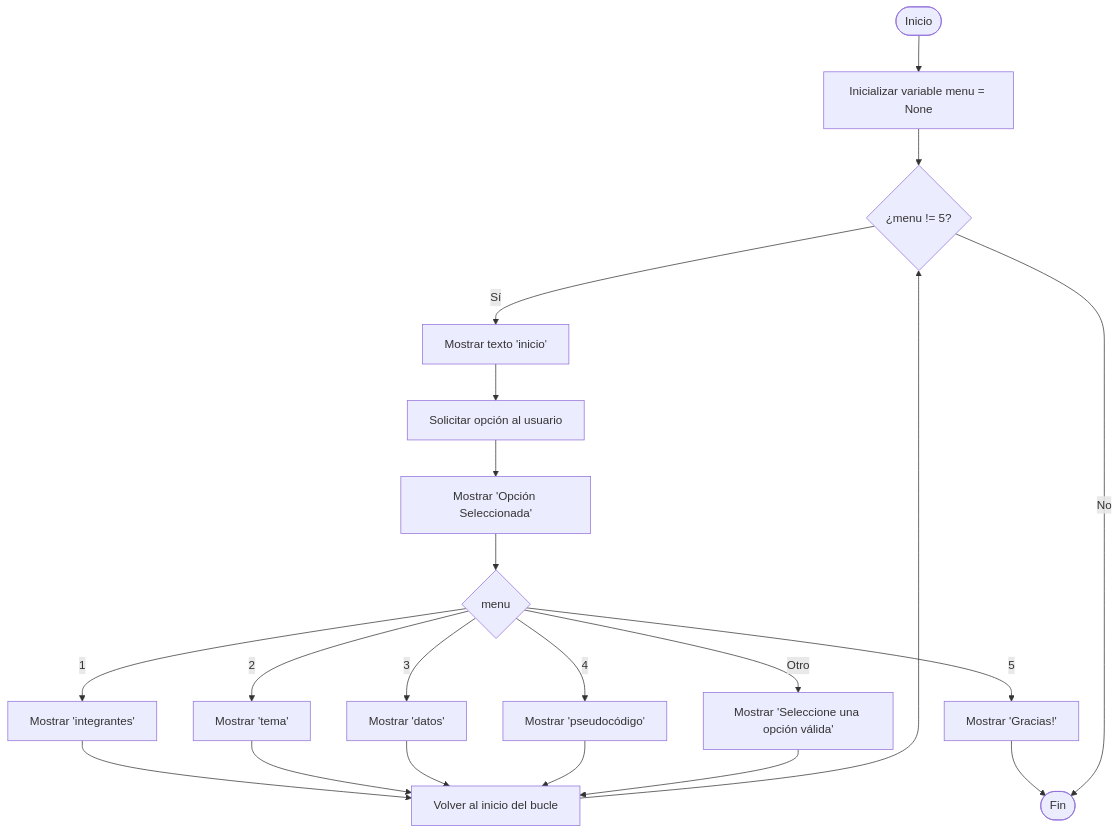
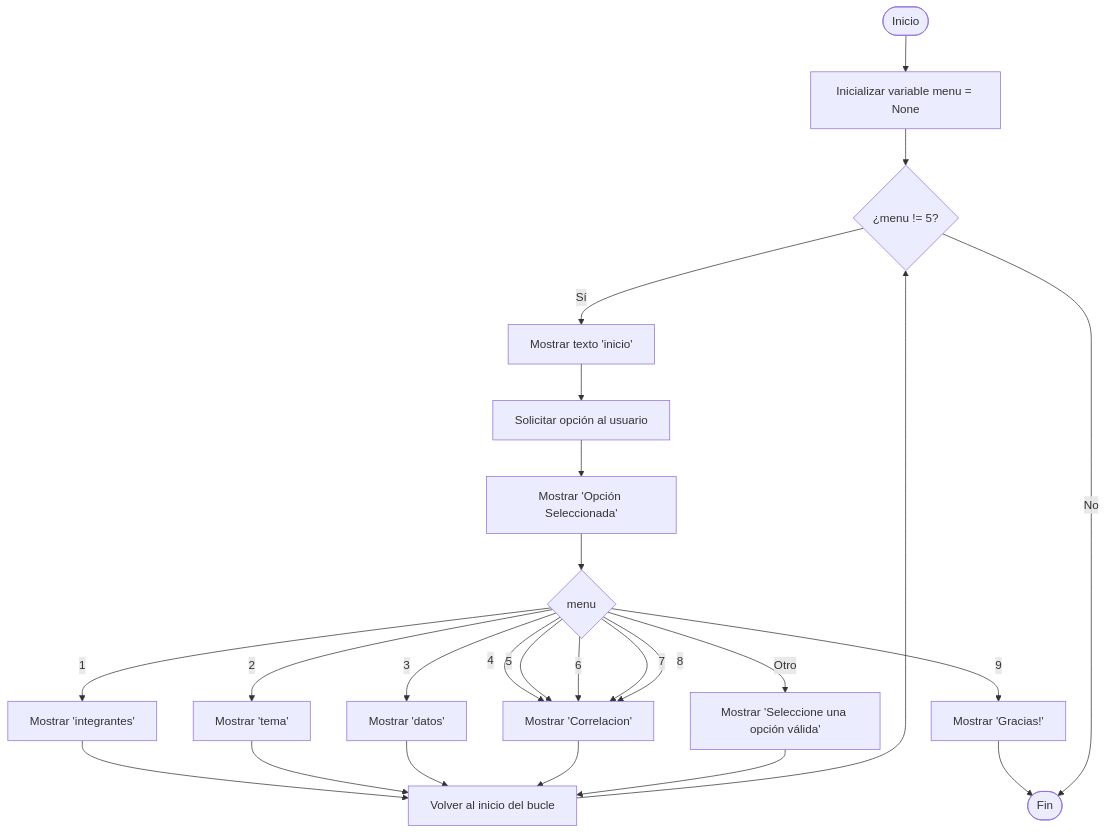
The diagram in Documentacion.md (ricardoflors42-collab/Tiendita-Areulium-1), drawn with Mermaid before and after one commit. The commit also changed other lines of this file and 4 other files, not shown here.

Commit message:
Agregar graficos y visualizar estadisticas en la documentacion

````diff
--- a/Documentacion.md
+++ b/Documentacion.md
@@ -80,31 +84,35 @@
 ```mermaid
 graph TD
     A(["Inicio"]) --> B["Inicializar variable menu = None"]
     B --> C{"¿menu != 5?"}
     C -- Sí --> D@{ label: "Mostrar texto 'inicio'" }
     D --> E["Solicitar opción al usuario"]
     E --> F@{ label: "Mostrar 'Opción Seleccionada'" }
     F --> G{"menu"}
     G -- 1 --> H@{ label: "Mostrar 'integrantes'" }
     G -- 2 --> I@{ label: "Mostrar 'tema'" }
     G -- 3 --> J@{ label: "Mostrar 'datos'" }
     G -- 4 --> K@{ label: "Mostrar 'pseudocódigo'" }
-    G -- 5 --> L@{ label: "Mostrar 'Gracias!'" }
+    G -- 5 --> K@{ label: "Mostrar 'Tablas'" }
+    G -- 6 --> K@{ label: "Mostrar 'Estadisticas'" }
+    G -- 7 --> K@{ label: "Mostrar 'Graficos'" }
+    G -- 8 --> K@{ label: "Mostrar 'Correlacion'" }
+    G -- 9 --> L@{ label: "Mostrar 'Gracias!'" }
     G -- Otro --> M@{ label: "Mostrar 'Seleccione una opción válida'" }
     H --> N["Volver al inicio del bucle"]
     I --> N
     J --> N
     K --> N
     M --> N
     N --> C
     L --> O(["Fin"])
     C -- No --> O
     D@{ shape: rect}
     F@{ shape: rect}
     H@{ shape: rect}
     I@{ shape: rect}
     J@{ shape: rect}
     K@{ shape: rect}
     L@{ shape: rect}
     M@{ shape: rect}
 ```
````
